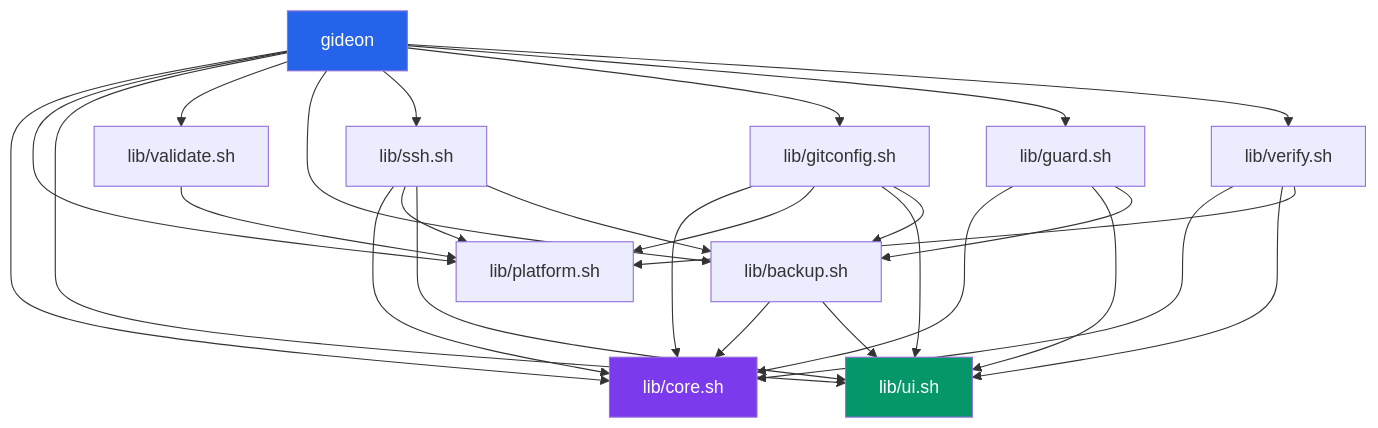
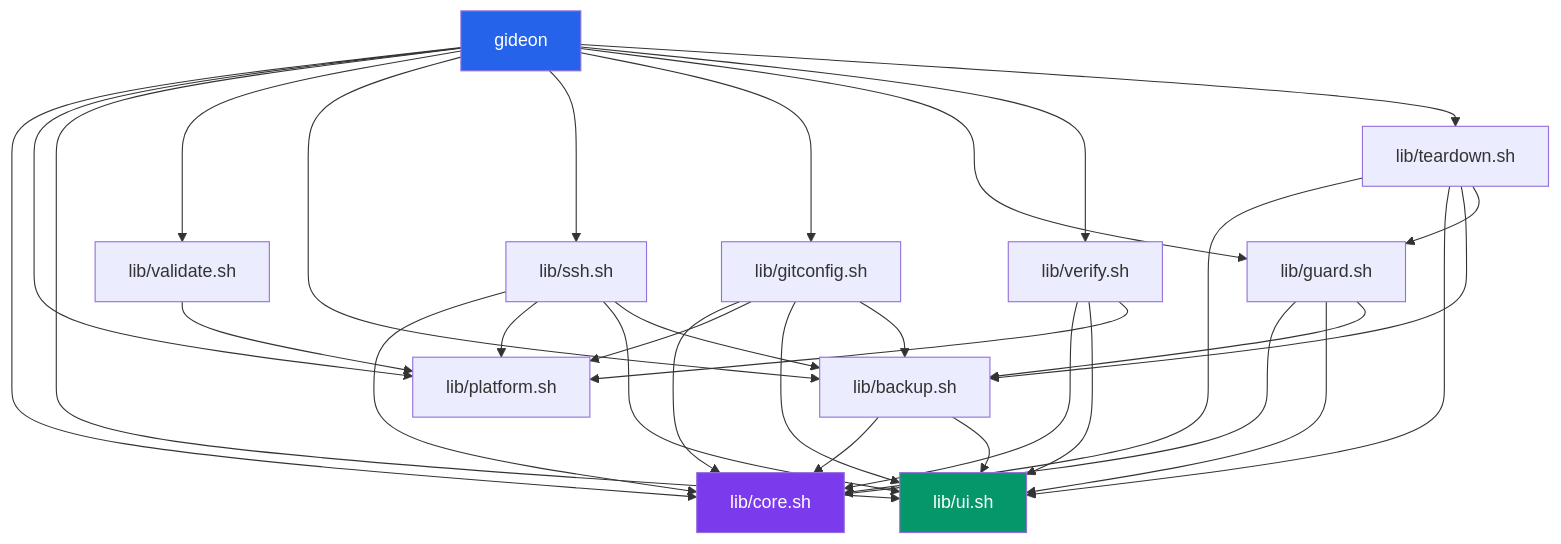
The diagram in docs/ARCHITECTURE.md (bhaskarjha-com/gideon), drawn with Mermaid before and after one commit. The commit also changed 5 other files, not shown here.

````diff
--- a/docs/ARCHITECTURE.md
+++ b/docs/ARCHITECTURE.md
@@ -8,39 +8,45 @@
 ```mermaid
 graph TD
     MAIN[gideon] --> CORE[lib/core.sh]
     MAIN --> PLAT[lib/platform.sh]
     MAIN --> UI[lib/ui.sh]
     MAIN --> VAL[lib/validate.sh]
     MAIN --> BKP[lib/backup.sh]
     MAIN --> SSH[lib/ssh.sh]
     MAIN --> GIT[lib/gitconfig.sh]
     MAIN --> GRD[lib/guard.sh]
     MAIN --> VER[lib/verify.sh]
+    MAIN --> TDN[lib/teardown.sh]
 
     SSH --> CORE
     SSH --> PLAT
     SSH --> UI
     SSH --> BKP
 
     GIT --> CORE
     GIT --> PLAT
     GIT --> UI
     GIT --> BKP
 
     GRD --> CORE
     GRD --> UI
     GRD --> BKP
 
     VER --> CORE
     VER --> UI
     VER --> PLAT
 
     BKP --> CORE
     BKP --> UI
 
     VAL --> PLAT
 
+    TDN --> CORE
+    TDN --> UI
+    TDN --> BKP
+    TDN --> GRD
+
     style MAIN fill:#2563eb,color:#fff
     style CORE fill:#7c3aed,color:#fff
     style UI fill:#059669,color:#fff
 ```
````
